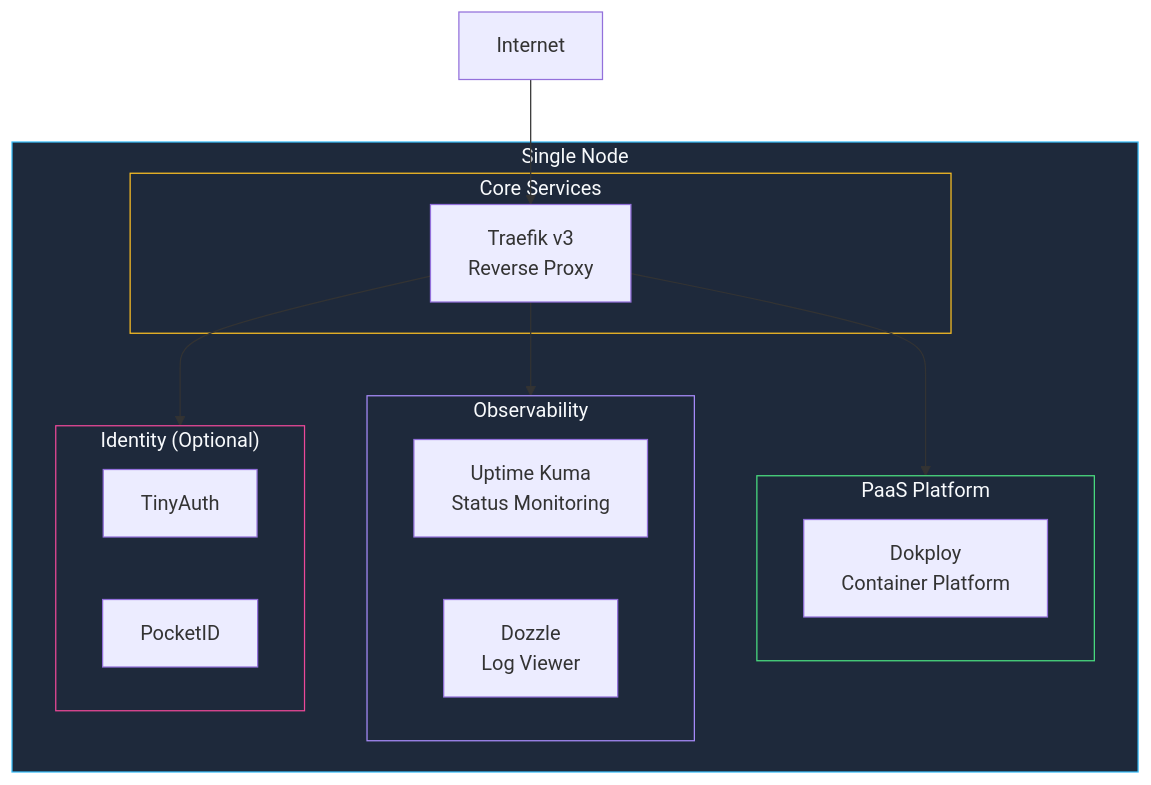
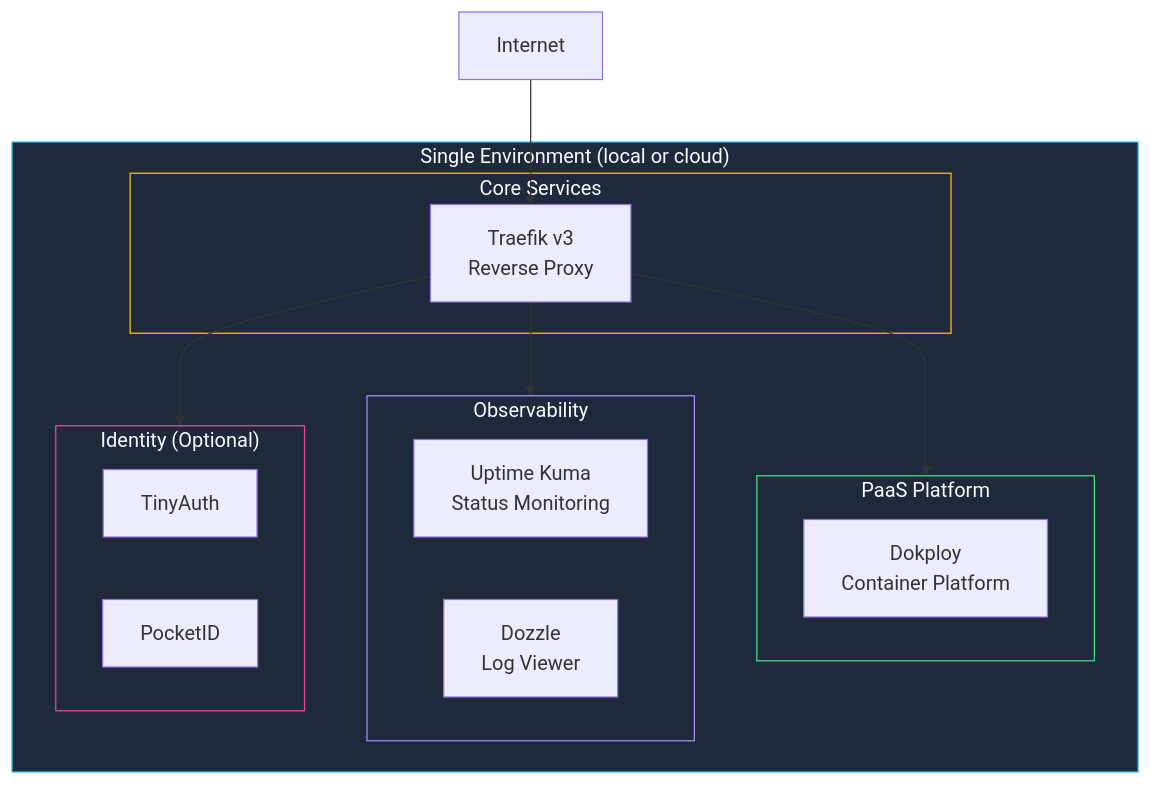
The diagram in stackkits/kits/base-kit.mdx (KombiverseLabs/docs), drawn with Mermaid before and after one commit. The commit also changed other lines of this file and 17 other files, not shown here.

````diff
--- a/stackkits/kits/base-kit.mdx
+++ b/stackkits/kits/base-kit.mdx
@@ -17,33 +17,33 @@
 ```mermaid
 graph TB
-    subgraph Node["Single Node"]
+    subgraph Env["Single Environment (local or cloud)"]
         subgraph Core["Core Services"]
             Traefik["Traefik v3<br/>Reverse Proxy"]
         end
         
         subgraph Platform["PaaS Platform"]
             Dokploy["Dokploy<br/>Container Platform"]
         end
         
         subgraph Monitoring["Observability"]
             UptimeKuma["Uptime Kuma<br/>Status Monitoring"]
             Dozzle["Dozzle<br/>Log Viewer"]
         end
         
         subgraph Identity["Identity (Optional)"]
             TinyAuth["TinyAuth"]
             PocketID["PocketID"]
         end
     end
     
     Internet["Internet"] --> Traefik
     Traefik --> Platform
     Traefik --> Monitoring
     Traefik --> Identity
     
-    style Node fill:#1e293b,stroke:#38bdf8,color:#f8fafc
+    style Env fill:#1e293b,stroke:#38bdf8,color:#f8fafc
     style Core fill:#1e293b,stroke:#fbbf24,color:#f8fafc
     style Platform fill:#1e293b,stroke:#4ade80,color:#f8fafc
     style Monitoring fill:#1e293b,stroke:#a78bfa,color:#f8fafc
     style Identity fill:#1e293b,stroke:#ec4899,color:#f8fafc
 ```
````
